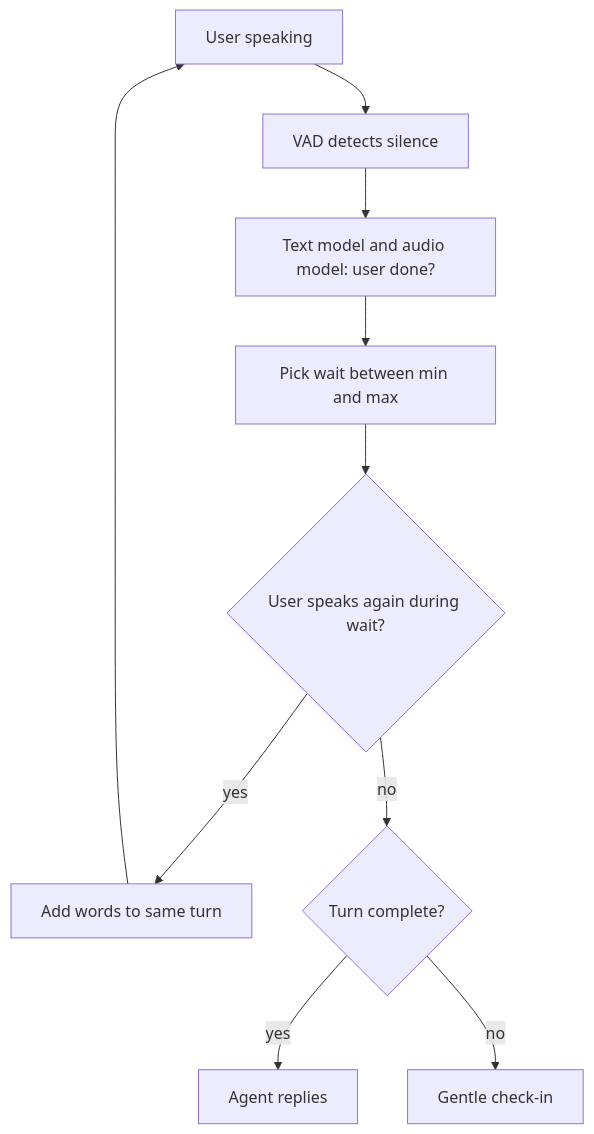
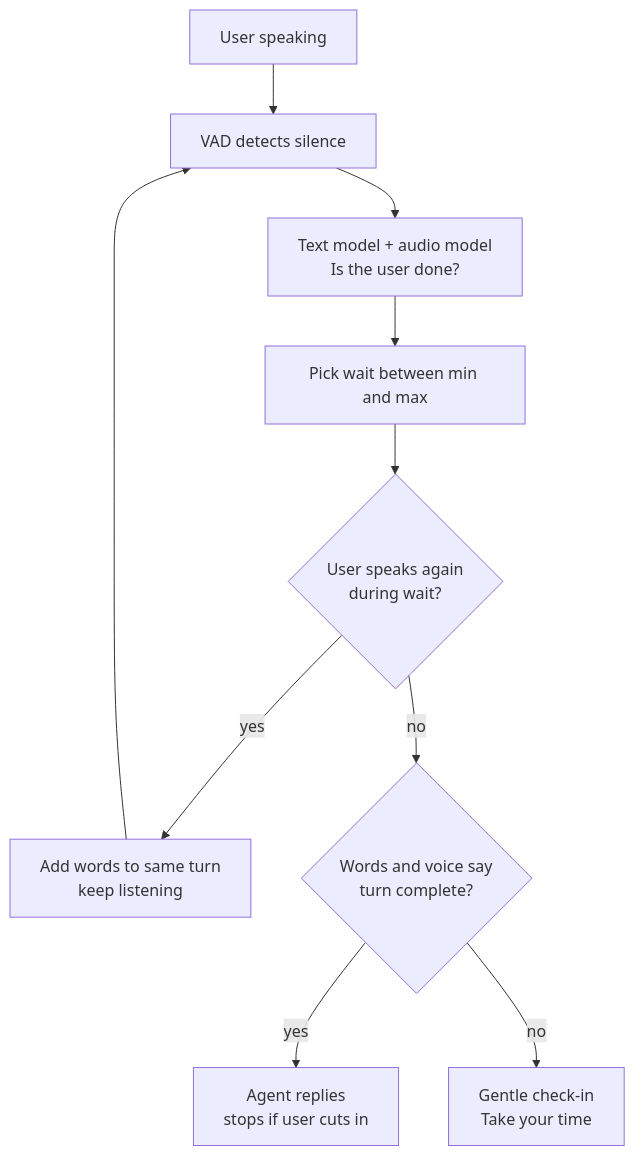
One commit to kaisarnajar/outcome-school-blogs changed the diagram in notes/step-16-ai-infrastructure-deployment-and-system-design/194-long-pauses-in-voice-agents.md. Above: the diagram before and after it, drawn with Mermaid. The commit also changed other lines of this file and 233 other files, not shown here.

````diff
--- a/notes/step-16-ai-infrastructure-deployment-and-system-design/194-long-pauses-in-voice-agents.md
+++ b/notes/step-16-ai-infrastructure-deployment-and-system-design/194-long-pauses-in-voice-agents.md
@@ -34,12 +52,12 @@
 ```mermaid
 flowchart TD
-    A["User speaking"] --> B["VAD detects silence"]
-    B --> C["Text model and audio model: user done?"]
-    C --> D["Pick wait between min and max"]
-    D --> E{"User speaks again during wait?"}
-    E -->|"yes"| F["Add words to same turn"]
-    F --> A
-    E -->|"no"| G{"Turn complete?"}
-    G -->|"yes"| H["Agent replies"]
-    G -->|"no"| I["Gentle check-in"]
+A1["User speaking"] --> B1["VAD detects silence"]
+B1 --> C1["Text model + audio model<br/>Is the user done?"]
+C1 --> D1["Pick wait between min and max"]
+D1 --> E1{"User speaks again<br/>during wait?"}
+E1 -->|"yes"| F1["Add words to same turn<br/>keep listening"]
+F1 --> B1
+E1 -->|"no"| G1{"Words and voice say<br/>turn complete?"}
+G1 -->|"yes"| H1["Agent replies<br/>stops if user cuts in"]
+G1 -->|"no"| I1["Gentle check-in<br/>Take your time"]
 ```
````
